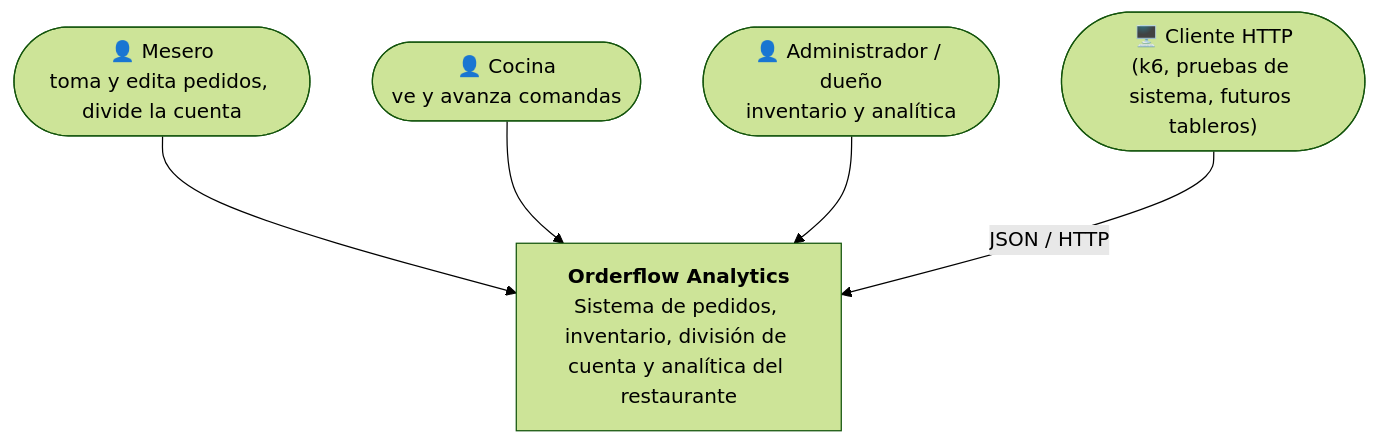
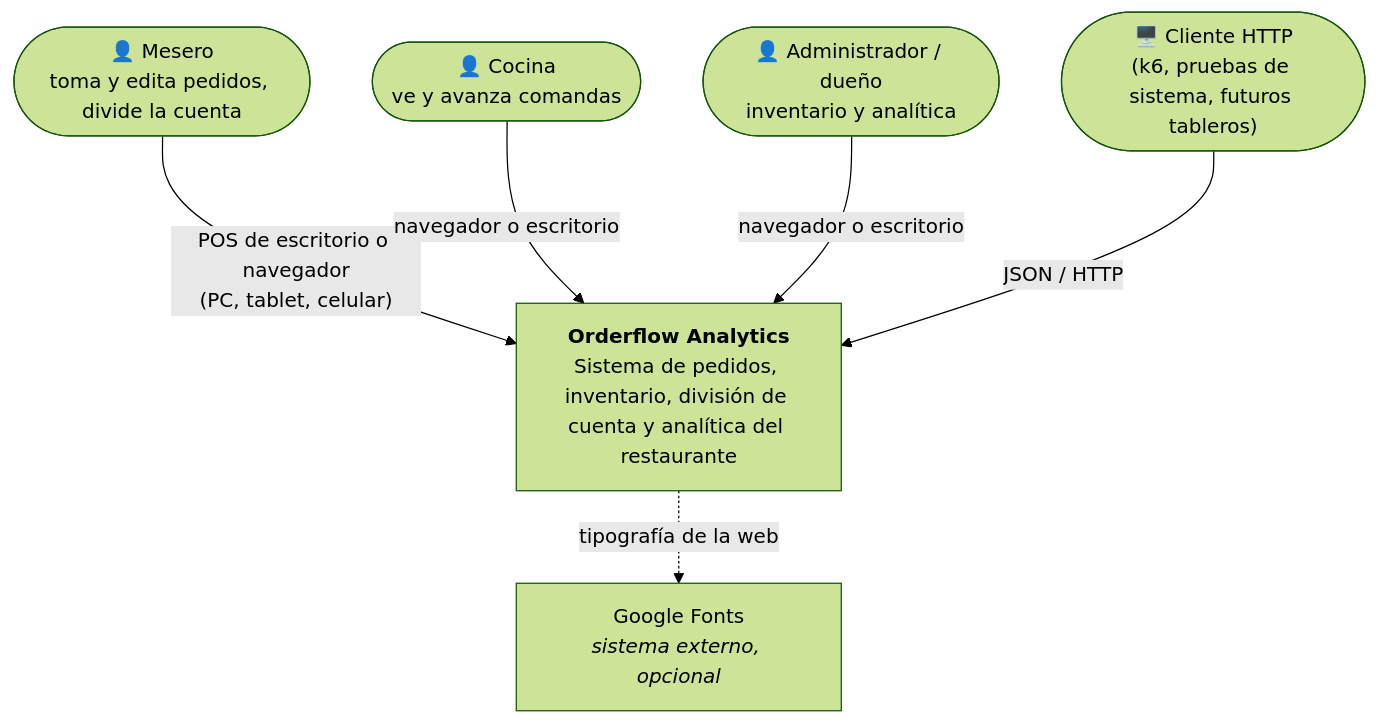
One commit to federicovaldez14/Orderflow_Analytics changed the second of 4 diagrams in docs/arquitectura.md. Above: the diagram before and after it, drawn with Mermaid (forest theme). The commit also changed other lines of this file and 77 other files, not shown here.

````diff
--- a/docs/arquitectura.md
+++ b/docs/arquitectura.md
@@ -137,12 +140,14 @@
 ```mermaid
 flowchart TB
     mesero(["👤 Mesero<br/>toma y edita pedidos, divide la cuenta"])
     cocina(["👤 Cocina<br/>ve y avanza comandas"])
     admin(["👤 Administrador / dueño<br/>inventario y analítica"])
     cliente(["🖥️ Cliente HTTP<br/>(k6, pruebas de sistema, futuros tableros)"])
     sistema["<b>Orderflow Analytics</b><br/>Sistema de pedidos, inventario, división de cuenta y analítica del restaurante"]
-    mesero --> sistema
-    cocina --> sistema
-    admin --> sistema
+    fuentes["Google Fonts<br/><i>sistema externo, opcional</i>"]
+    mesero -->|"POS de escritorio o navegador<br/>(PC, tablet, celular)"| sistema
+    cocina -->|"navegador o escritorio"| sistema
+    admin -->|"navegador o escritorio"| sistema
     cliente -->|"JSON / HTTP"| sistema
+    sistema -.->|"tipografía de la web"| fuentes
 ```
````
